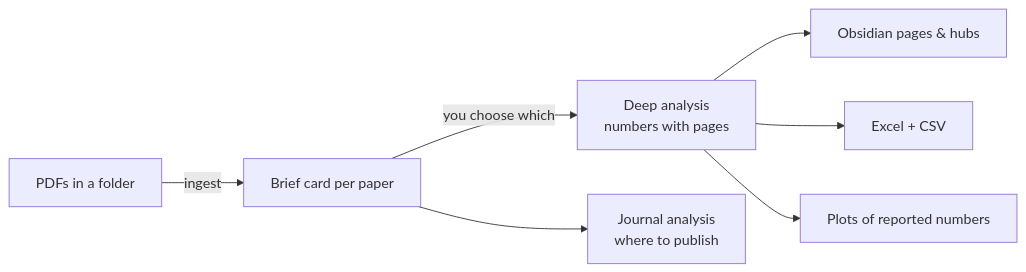
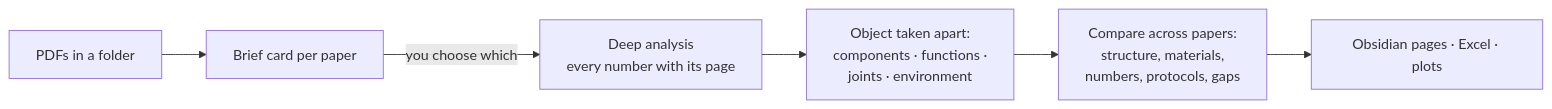
One commit to polilya/paper-anatomy changed the diagram in README.md. Above: the diagram before and after it, drawn with Mermaid. The commit also changed other lines of this file and 17 other files, not shown here.

First line of the commit message:
Structure analysis across papers + visual tour

````diff
--- a/README.md
+++ b/README.md
@@ -9,9 +9,8 @@
 ```mermaid
 flowchart LR
-  A[PDFs in a folder] -->|ingest| B[Brief card per paper]
-  B -->|you choose which| C[Deep analysis<br/>numbers with pages]
-  C --> D[Obsidian pages & hubs]
-  C --> E[Excel + CSV]
-  C --> F[Plots of reported numbers]
-  B --> G[Journal analysis<br/>where to publish]
+  A[PDFs in a folder] --> B[Brief card per paper]
+  B -->|you choose which| C[Deep analysis<br/>every number with its page]
+  C --> D[Object taken apart:<br/>components · functions ·<br/>joints · environment]
+  D --> E[Compare across papers:<br/>structure, materials,<br/>numbers, protocols, gaps]
+  E --> F[Obsidian pages · Excel · plots]
 ```
````
